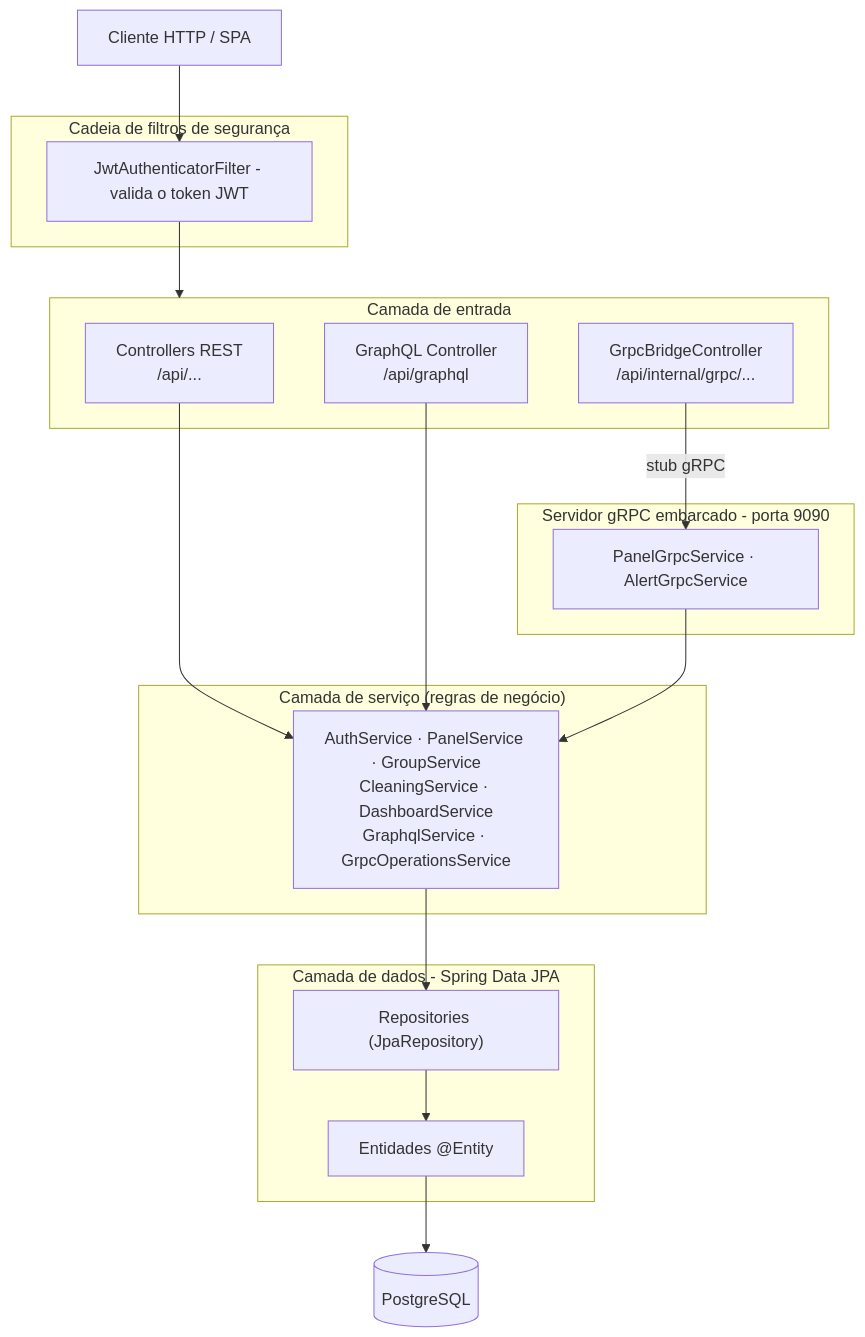
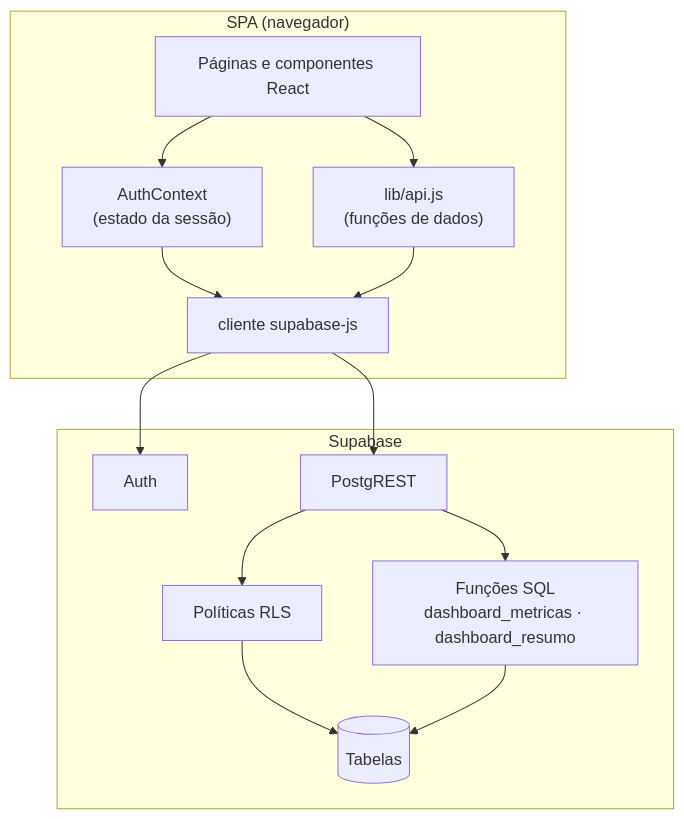
One commit to danieltanjos/SolarVision changed the second of 3 diagrams in docs/ARQUITETURA.md. Above: the diagram before and after it, drawn with Mermaid. The commit also changed other lines of this file and 8 other files, not shown here.

````diff
--- a/docs/ARQUITETURA.md
+++ b/docs/ARQUITETURA.md
@@ -52,35 +63,23 @@
 ```mermaid
 flowchart TD
-    client["Cliente HTTP / SPA"]
-
-    subgraph filtro["Cadeia de filtros de segurança"]
-        jwt["JwtAuthenticatorFilter - valida o token JWT"]
+    subgraph spa["SPA (navegador)"]
+        pages["Páginas e componentes React"]
+        ctx["AuthContext<br/>(estado da sessão)"]
+        api["lib/api.js<br/>(funções de dados)"]
+        client["cliente supabase-js"]
     end
 
-    subgraph entrada["Camada de entrada"]
-        rest["Controllers REST<br/>/api/..."]
-        gql["GraphQL Controller<br/>/api/graphql"]
-        bridge["GrpcBridgeController<br/>/api/internal/grpc/..."]
+    subgraph supa["Supabase"]
+        auth["Auth"]
+        rest["PostgREST"]
+        rls["Políticas RLS"]
+        rpc["Funções SQL<br/>dashboard_metricas · dashboard_resumo"]
+        db[("Tabelas")]
     end
 
-    subgraph negocio["Camada de serviço (regras de negócio)"]
-        services["AuthService · PanelService · GroupService<br/>CleaningService · DashboardService<br/>GraphqlService · GrpcOperationsService"]
-    end
-
-    subgraph grpc["Servidor gRPC embarcado - porta 9090"]
-        grpcimpl["PanelGrpcService · AlertGrpcService"]
-    end
-
-    subgraph dados["Camada de dados - Spring Data JPA"]
-        repos["Repositories (JpaRepository)"]
-        entities["Entidades @Entity"]
-    end
-
-    db[("PostgreSQL")]
-
-    client --> jwt --> entrada
-    rest --> services
-    gql --> services
-    bridge -->|stub gRPC| grpcimpl --> services
-    services --> repos --> entities --> db
+    pages --> ctx --> client
+    pages --> api --> client
+    client --> auth
+    client --> rest --> rls --> db
+    rest --> rpc --> db
 ```
````
